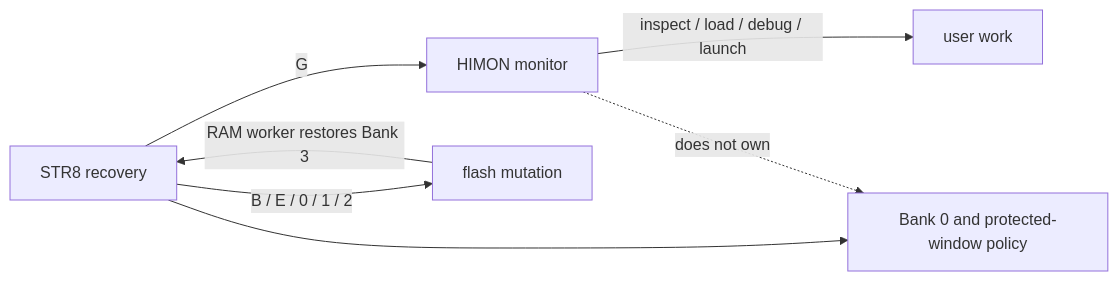
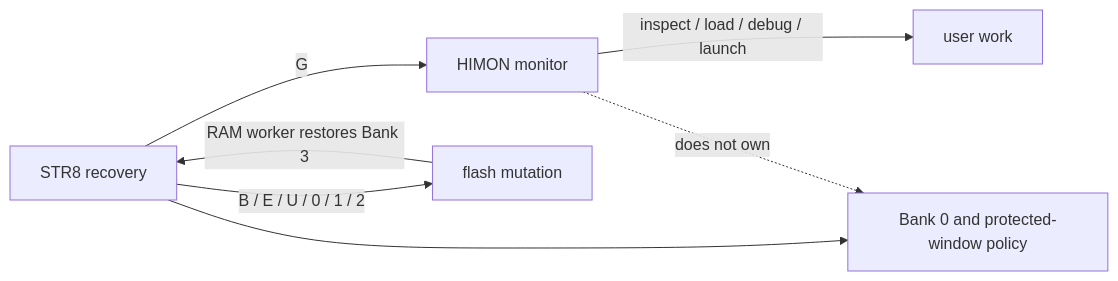
Before and after one commit to 95westus/R-YORS: the diagram in DOC/GUIDES/RTFM-R-YORS.md, drawn with Mermaid. The commit also changed other lines of this file, not shown here.

````diff
--- a/DOC/GUIDES/RTFM-R-YORS.md
+++ b/DOC/GUIDES/RTFM-R-YORS.md
@@ -16,9 +16,9 @@
 ```mermaid
 flowchart LR
     STR8[STR8 recovery] -->|G| HIMON[HIMON monitor]
     HIMON -->|inspect / load / debug / launch| USER[user work]
-    STR8 -->|B / E / 0 / 1 / 2| FLASH[flash mutation]
+    STR8 -->|B / E / U / 0 / 1 / 2| FLASH[flash mutation]
     STR8 --> POLICY[Bank 0 and protected-window policy]
     HIMON -. does not own .-> POLICY
     FLASH -->|RAM worker restores Bank 3| STR8
 ```
````
